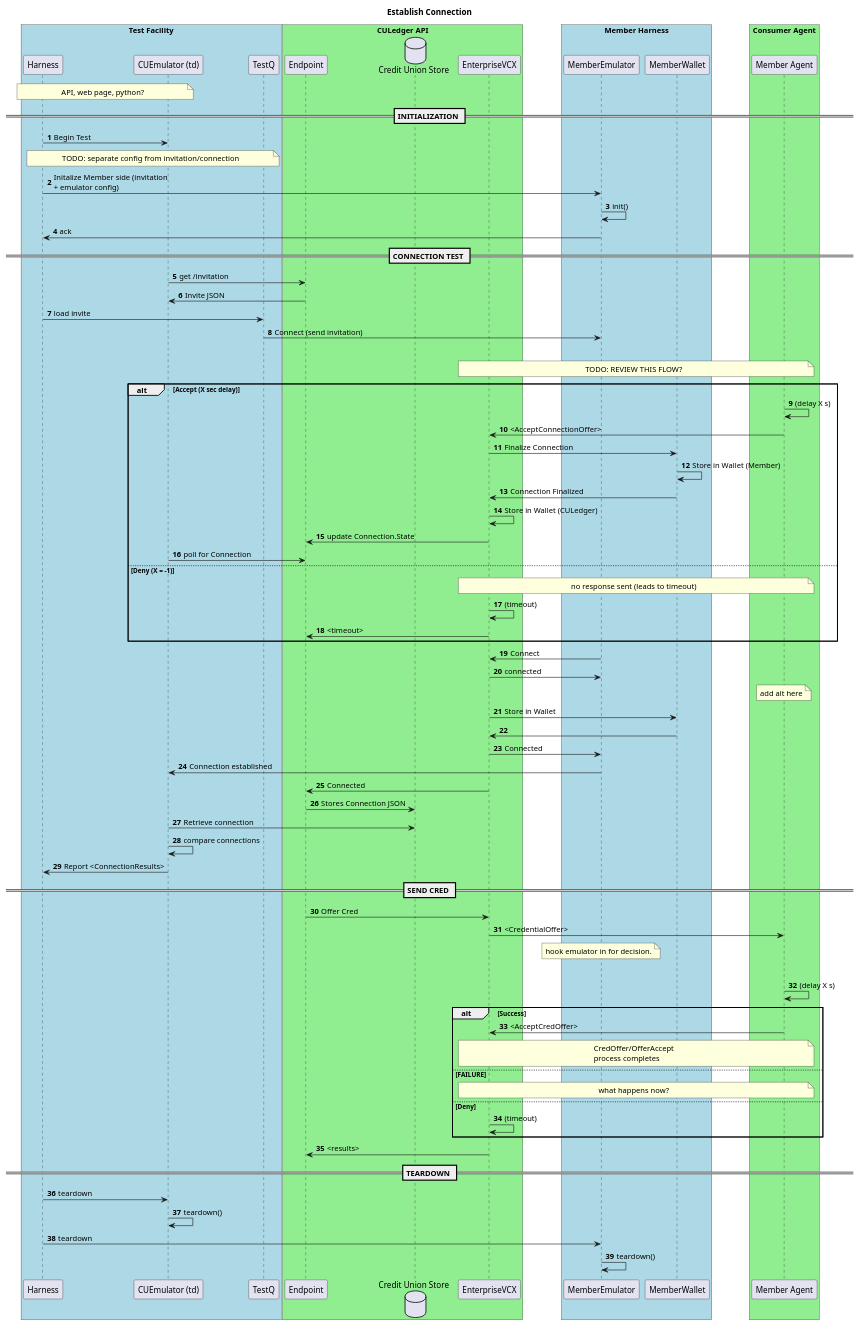
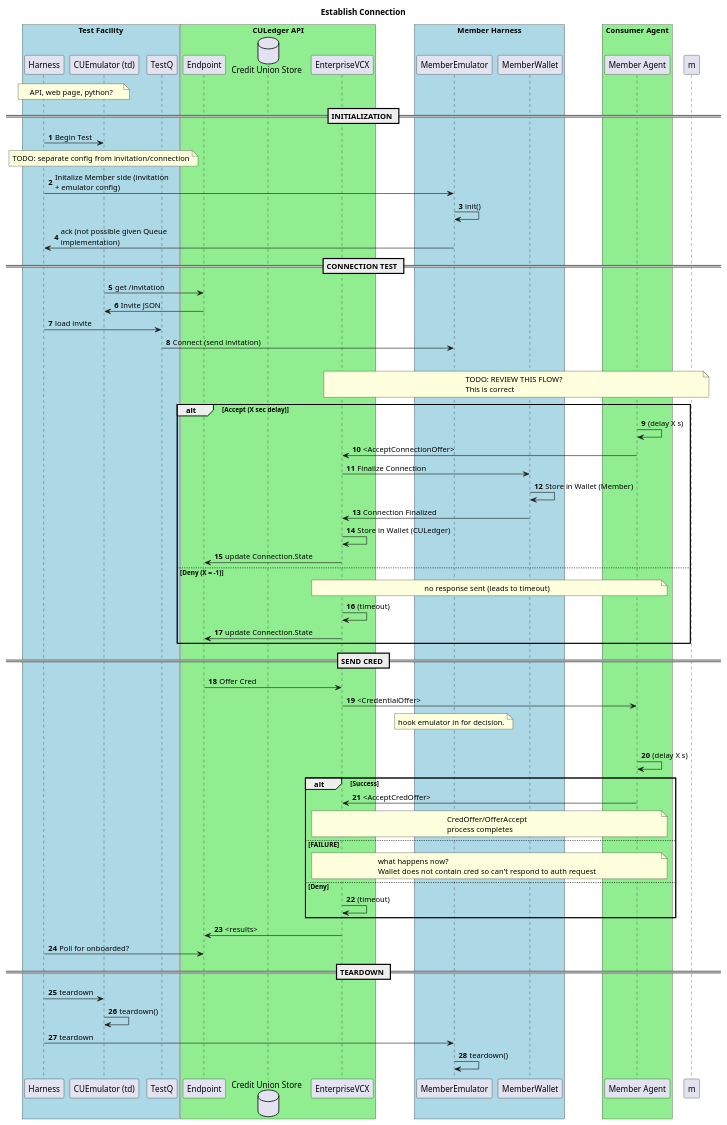
Before and after one commit to twshelton/serverless: the diagram in puml/InvitationHarness.puml, drawn with PlantUML.

Commit message:
updated diagram to address questions

```diff
--- a/puml/InvitationHarness.puml
+++ b/puml/InvitationHarness.puml
@@ -1,142 +1,119 @@
 @startuml
 skinparam maxmessagesize 200
 skinparam arrowsize 10
 title Establish Connection
 
 
 
 box "Test Facility" #lightblue
     participant "Harness" as th
     participant "CUEmulator (td)" as td
     participant "TestQ" as tq
 end box
 note over th, td
   API, web page, python?
 end note
 
 box "CULedger API" #lightgreen
     participant "Endpoint" as api
     database "Credit Union Store" as store
     participant "EnterpriseVCX" as evcx
 end box
 
 box "Member Harness" #lightblue
     participant "MemberEmulator" as sdk
 
     participant "MemberWallet" as mwallet
 end box
 
 box "Consumer Agent" #lightgreen
     participant "Member Agent" as magent
 end box
 
 
 
 
 
 autonumber
 == INITIALIZATION ==
 
 'th -> td: Initialize CU side
 'th -> th: init()
 'td -> th: ack
 
 th -> td: Begin Test
 
 note over th, tq
   TODO: separate config from invitation/connection
 end note
 th -> sdk: Initalize Member side (invitation + emulator config)
 sdk -> sdk: init()
-sdk -> th: ack
+sdk -> th: ack (not possible given Queue implementation)
 
 
 == CONNECTION TEST ==
 
 td -> api: get /invitation
 api -> td: Invite JSON
 th -> tq: load invite
 tq -> sdk: Connect (send invitation)
 
 alt Accept
-    note over evcx,magent
+    note over evcx,m
     TODO: REVIEW THIS FLOW?
+    This is correct
     end note
   alt Accept (X sec delay)
     magent -> magent: (delay X s)
     magent -> evcx: <AcceptConnectionOffer>
 
     evcx -> mwallet: Finalize Connection
     mwallet -> mwallet: Store in Wallet (Member)
     mwallet -> evcx: Connection Finalized
     evcx -> evcx: Store in Wallet (CULedger)
 '    api -> evcx: Connection.create (REAL????)
     evcx -> api: update Connection.State
-    td -> api: poll for Connection
   else Deny (X = -1)
     note over evcx, magent
     no response sent (leads to timeout)
     end note
     evcx -> evcx: (timeout)
-    evcx -> api: <timeout>
+    evcx -> api: update Connection.State
 end
-
-
-
-
-
-
-
-'td -> sdk: Establish Connection (<InvitationJSON>)
-sdk -> evcx: Connect
-evcx -> sdk: connected
-note over magent
-add alt here
-end note
-evcx -> mwallet: Store in Wallet
-mwallet -> evcx
-evcx -> sdk: Connected
-
-sdk -> td: Connection established
-evcx -> api: Connected
-api -> store: Stores Connection JSON
-td -> store: Retrieve connection
-td -> td: compare connections
-
-td -> th: Report <ConnectionResults>
 
 == SEND CRED ==
 
 api -> evcx: Offer Cred
 evcx -> magent: <CredentialOffer>
 
 note over sdk
   hook emulator in for decision.
 end note
 
 alt Accept
   magent -> magent: (delay X s)
   alt Success
     magent -> evcx: <AcceptCredOffer>
     note over evcx,magent
     CredOffer/OfferAccept
     process completes
     end note
   else FAILURE
     note over evcx,magent
     what happens now?
+    Wallet does not contain cred so can't respond to auth request
     end note
 
 else Deny
   evcx -> evcx: (timeout)
 
 end
 evcx -> api: <results>
-
+th -> api: Poll for onboarded?
 == TEARDOWN ==
 
 th -> td: teardown
 td -> td: teardown()
 th -> sdk: teardown
 sdk -> sdk: teardown()
 @enduml
```
